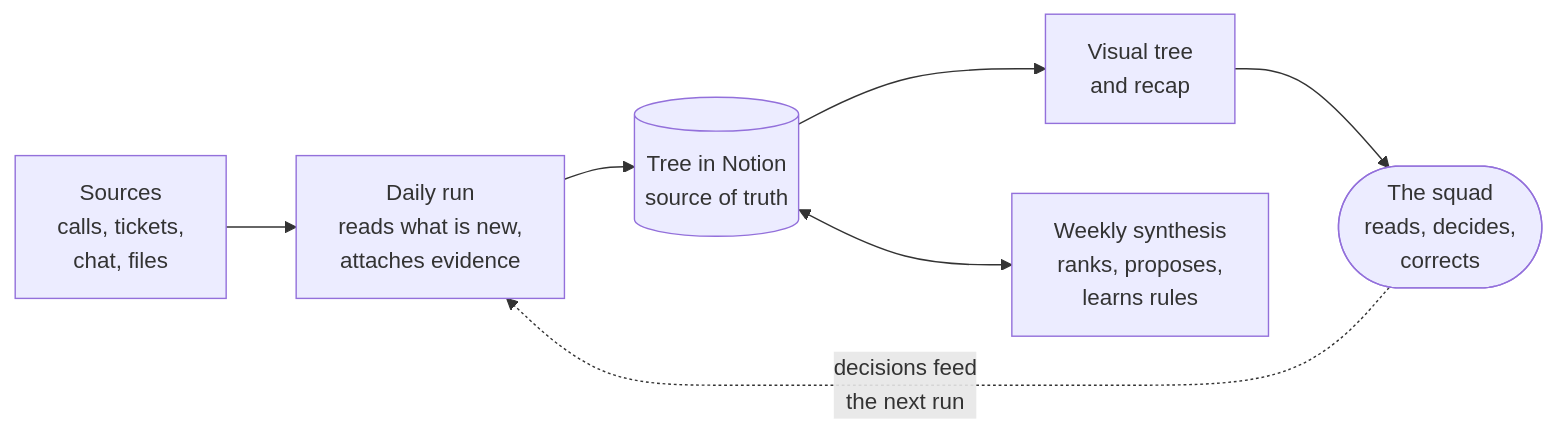
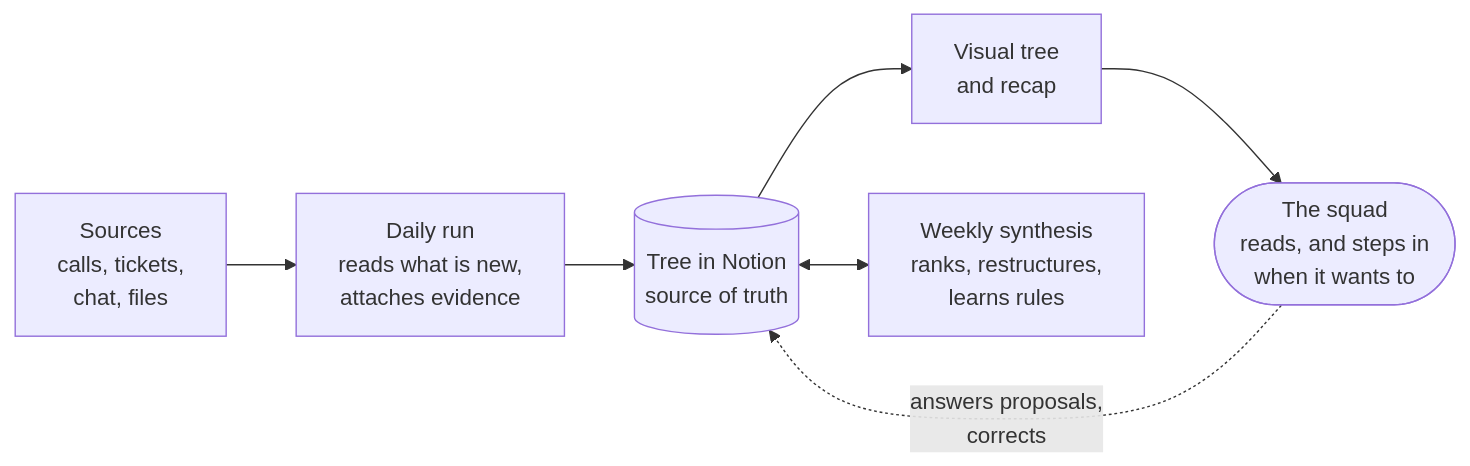
The diagram in README.md (anthonyverbois-ai/LiveOST-ProductDiscoSkills), drawn with Mermaid before and after one commit. The commit also changed other lines of this file and 2 other files, not shown here.

Commit message:
README: the tree runs on its own; the squad steps in when it wants to (#49)
"How it works" and its image say that the tree runs on its own, and that the squad steps in only when it wants to.

Claude-Session: https://claude.ai/code/session_017TGvRX39rNK9Lm1vUH9QZ4

````diff
--- a/README.md
+++ b/README.md
@@ -59,16 +59,16 @@
 ```mermaid
 flowchart LR
     S["Sources<br>calls, tickets,<br>chat, files"]
     D["Daily run<br>reads what is new,<br>attaches evidence"]
     N[("Tree in Notion<br>source of truth")]
     V["Visual tree<br>and recap"]
-    W["Weekly synthesis<br>ranks, proposes,<br>learns rules"]
-    Q(["The squad<br>reads, decides,<br>corrects"])
+    W["Weekly synthesis<br>ranks, restructures,<br>learns rules"]
+    Q(["The squad<br>reads, and steps in<br>when it wants to"])
 
     S --> D
     D --> N
     N --> V
     N <--> W
     V --> Q
-    Q -.->|"decisions feed<br>the next run"| D
+    Q -.->|"answers proposals,<br>corrects"| N
 ```
````
